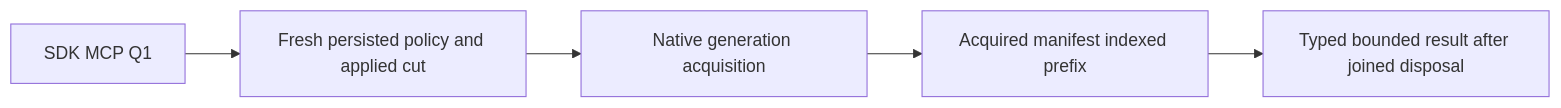
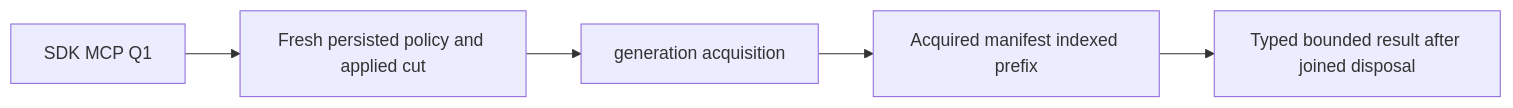
One commit to managedcode/KeyLoad changed the third of 3 diagrams in docs/Features/Search.md. Above: the diagram before and after it, drawn with Mermaid. The commit also changed other lines of this file and 9016 other files, not shown here.

````diff
--- a/docs/Features/Search.md
+++ b/docs/Features/Search.md
@@ -124,7 +124,7 @@
 ```mermaid
 flowchart LR
   Caller[SDK MCP Q1] --> Authority[Fresh persisted policy and applied cut]
-  Authority --> Pin[Native generation acquisition]
+  Authority --> Pin[generation acquisition]
   Pin --> Prefix[Acquired manifest indexed prefix]
   Prefix --> Result[Typed bounded result after joined disposal]
 ```
````
